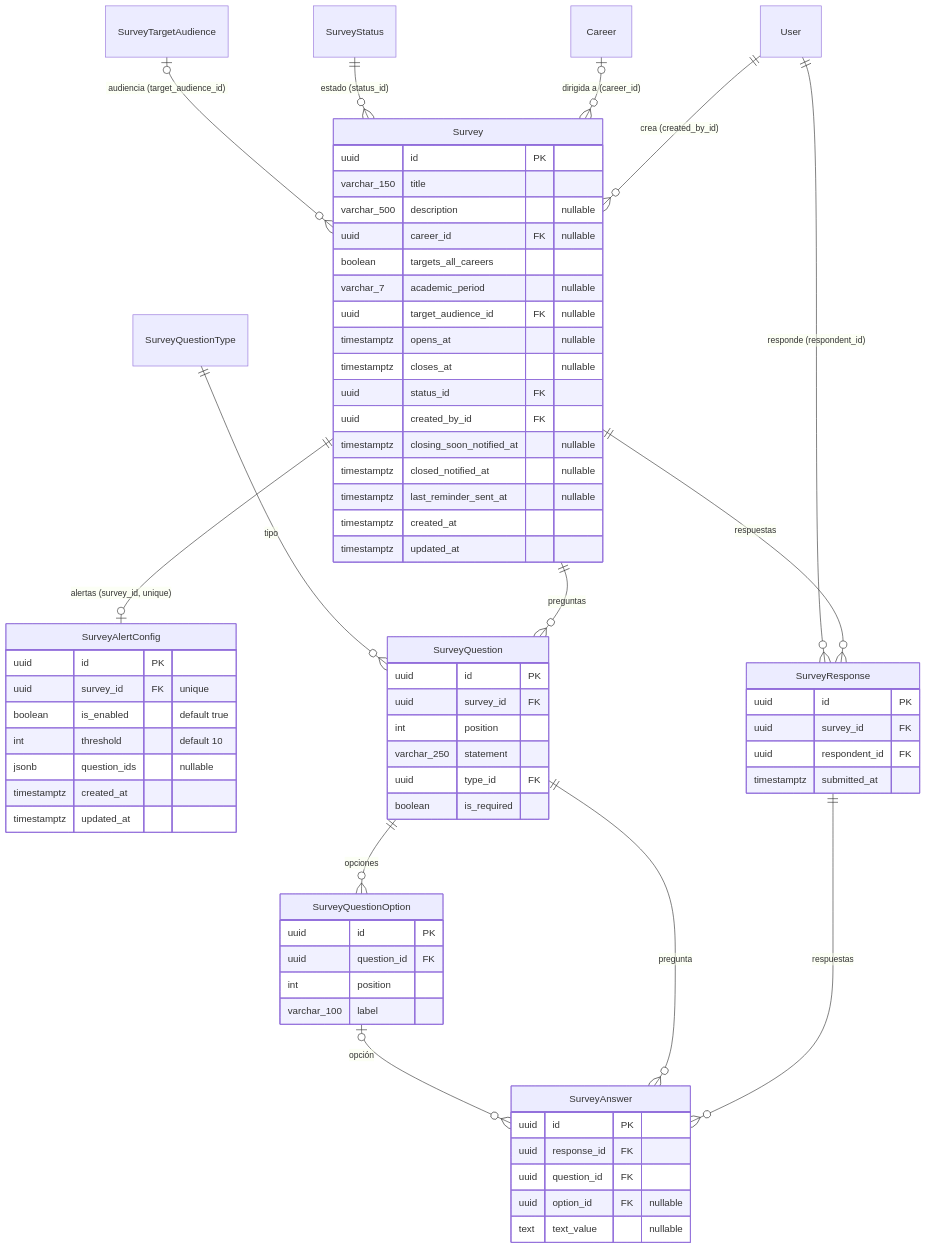
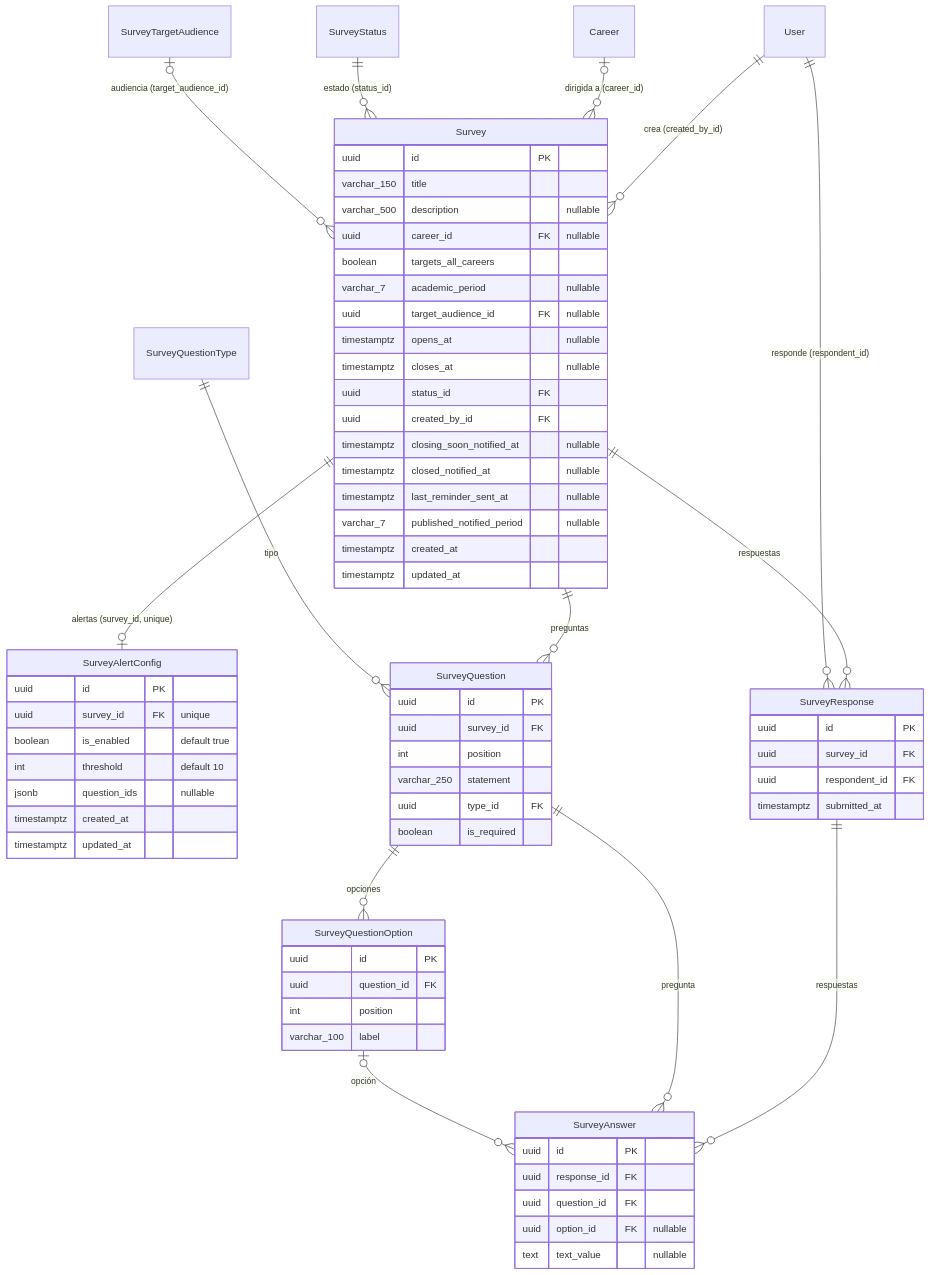
One commit to UMSSY/umssy-app changed the third of 5 diagrams in backend/prisma/README.md. Above: the diagram before and after it, drawn with Mermaid. The commit also changed other lines of this file, not shown here.

Commit message:
docs(prisma): add published notified period column

````diff
--- a/backend/prisma/README.md
+++ b/backend/prisma/README.md
@@ -555,71 +555,72 @@
 ```mermaid
 erDiagram
   User ||--o{ Survey : "crea (created_by_id)"
   Career |o--o{ Survey : "dirigida a (career_id)"
   SurveyStatus ||--o{ Survey : "estado (status_id)"
   SurveyTargetAudience |o--o{ Survey : "audiencia (target_audience_id)"
   Survey ||--o| SurveyAlertConfig : "alertas (survey_id, unique)"
   Survey ||--o{ SurveyQuestion : "preguntas"
   Survey ||--o{ SurveyResponse : "respuestas"
   SurveyQuestionType ||--o{ SurveyQuestion : "tipo"
   SurveyQuestion ||--o{ SurveyQuestionOption : "opciones"
   User ||--o{ SurveyResponse : "responde (respondent_id)"
   SurveyResponse ||--o{ SurveyAnswer : "respuestas"
   SurveyQuestion ||--o{ SurveyAnswer : "pregunta"
   SurveyQuestionOption |o--o{ SurveyAnswer : "opción"
 
   Survey {
     uuid id PK
     varchar_150 title
     varchar_500 description "nullable"
     uuid career_id FK "nullable"
     boolean targets_all_careers
     varchar_7 academic_period "nullable"
     uuid target_audience_id FK "nullable"
     timestamptz opens_at "nullable"
     timestamptz closes_at "nullable"
     uuid status_id FK
     uuid created_by_id FK
     timestamptz closing_soon_notified_at "nullable"
     timestamptz closed_notified_at "nullable"
     timestamptz last_reminder_sent_at "nullable"
+    varchar_7 published_notified_period "nullable"
     timestamptz created_at
     timestamptz updated_at
   }
   SurveyAlertConfig {
     uuid id PK
     uuid survey_id FK "unique"
     boolean is_enabled "default true"
     int threshold "default 10"
     jsonb question_ids "nullable"
     timestamptz created_at
     timestamptz updated_at
   }
   SurveyQuestion {
     uuid id PK
     uuid survey_id FK
     int position
     varchar_250 statement
     uuid type_id FK
     boolean is_required
   }
   SurveyQuestionOption {
     uuid id PK
     uuid question_id FK
     int position
     varchar_100 label
   }
   SurveyResponse {
     uuid id PK
     uuid survey_id FK
     uuid respondent_id FK
     timestamptz submitted_at
   }
   SurveyAnswer {
     uuid id PK
     uuid response_id FK
     uuid question_id FK
     uuid option_id FK "nullable"
     text text_value "nullable"
   }
 ```
````
